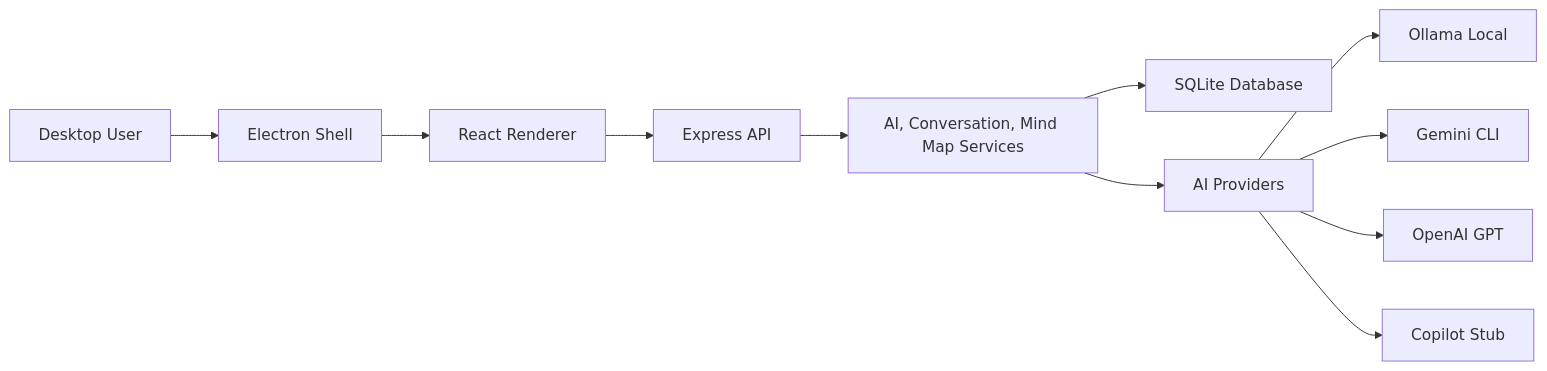
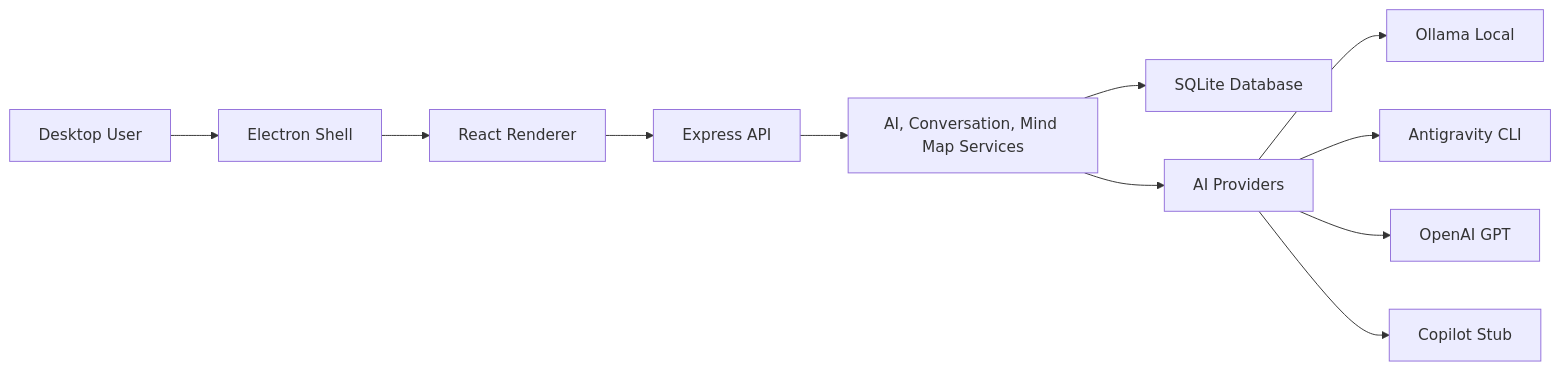
One commit to yungi0816/role-ai-brainstorm-workspace changed the diagram in README.md. Above: the diagram before and after it, drawn with Mermaid. The commit also changed other lines of this file and 7 other files, not shown here.

Commit message:
feat: replace Gemini CLI with Antigravity CLI

````diff
--- a/README.md
+++ b/README.md
@@ -35,13 +35,13 @@
 ```mermaid
 flowchart LR
     User["Desktop User"] --> Electron["Electron Shell"]
     Electron --> React["React Renderer"]
     React --> API["Express API"]
     API --> Services["AI, Conversation, Mind Map Services"]
     Services --> SQLite["SQLite Database"]
     Services --> Providers["AI Providers"]
     Providers --> Ollama["Ollama Local"]
-    Providers --> Gemini["Gemini CLI"]
+    Providers --> Antigravity["Antigravity CLI"]
     Providers --> OpenAI["OpenAI GPT"]
     Providers --> Copilot["Copilot Stub"]
 ```
````
